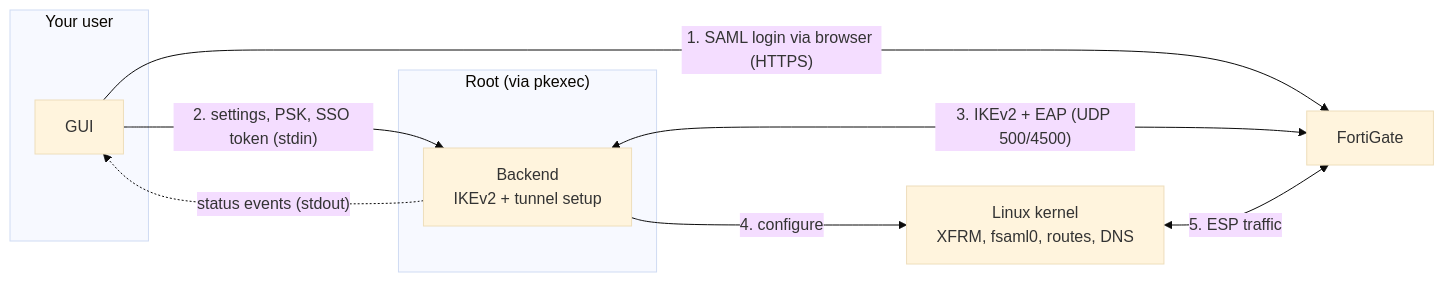
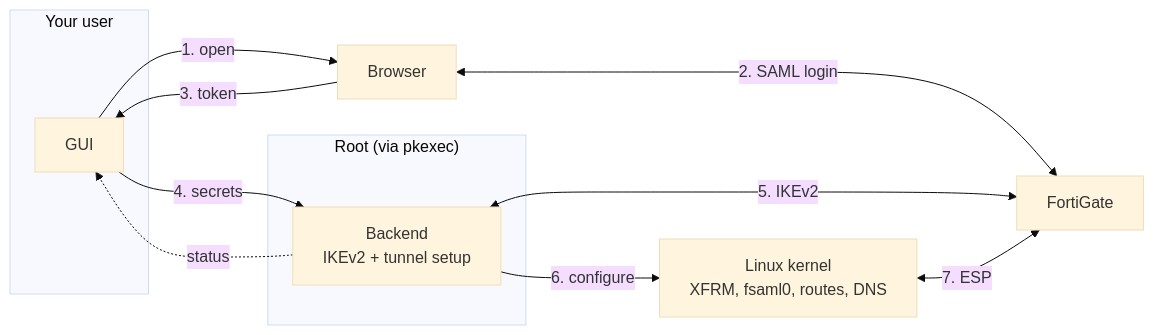
One commit to TeaDrinkingProgrammer/archway-vpn changed the diagram in README.md. Above: the diagram before and after it, drawn with Mermaid (base theme). The commit also changed other lines of this file, not shown here.

Commit message:
docs: redraw how-it-works diagram
PR review: long edge labels overlapped the subgraph boxes, so the details moved to a numbered list below the diagram.

````diff
--- a/README.md
+++ b/README.md
@@ -77,18 +77,21 @@
 ```mermaid
 flowchart LR
     subgraph user["Your user"]
         gui["GUI"]
     end
     subgraph root["Root (via pkexec)"]
         be["Backend<br/>IKEv2 + tunnel setup"]
     end
+    browser["Browser"]
     kernel["Linux kernel<br/>XFRM, fsaml0, routes, DNS"]
     fg["FortiGate"]
 
-    gui -->|"1. SAML login via browser (HTTPS)"| fg
-    gui -->|"2. settings, PSK, SSO token (stdin)"| be
-    be <-->|"3. IKEv2 + EAP (UDP 500/4500)"| fg
-    be -->|"4. configure"| kernel
-    kernel <-->|"5. ESP traffic"| fg
-    be -.->|"status events (stdout)"| gui
+    gui -->|"1. open"| browser
+    browser <-->|"2. SAML login"| fg
+    browser -->|"3. token"| gui
+    gui -->|"4. secrets"| be
+    be <-->|"5. IKEv2"| fg
+    be -->|"6. configure"| kernel
+    kernel <-->|"7. ESP"| fg
+    be -.->|"status"| gui
 ```
````
